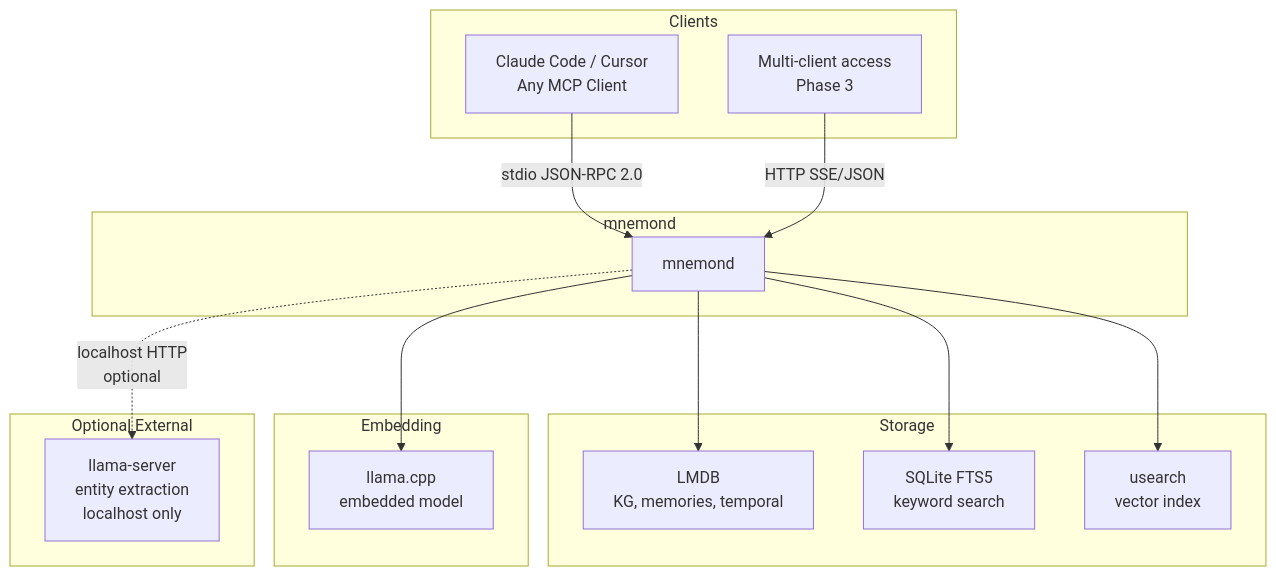
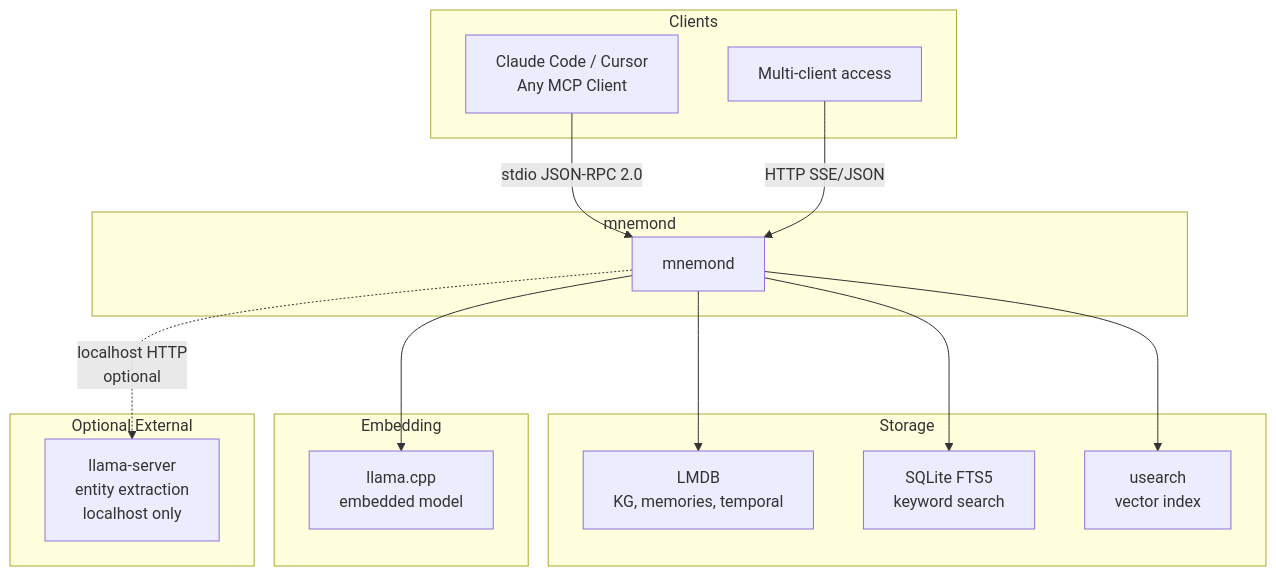
The first of 9 diagrams in doc/ARCHITECTURE.md (rondilley/MnemonAI), drawn with Mermaid before and after one commit. The commit also changed other lines of this file and 1 other file, not shown here.

````diff
--- a/doc/ARCHITECTURE.md
+++ b/doc/ARCHITECTURE.md
@@ -39,33 +36,33 @@
 ```mermaid
 graph TB
     subgraph Clients
         CC[Claude Code / Cursor<br/>Any MCP Client]
-        MC[Multi-client access<br/>Phase 3]
+        MC[Multi-client access<br/>]
     end
 
     subgraph "mnemond"
         D[mnemond]
     end
 
     subgraph Storage
         LMDB[LMDB<br/>KG, memories, temporal]
         FTS[SQLite FTS5<br/>keyword search]
         US[usearch<br/>vector index]
     end
 
     subgraph "Embedding"
         LLAMA[llama.cpp<br/>embedded model]
     end
 
     subgraph "Optional External"
         LS[llama-server<br/>entity extraction<br/>localhost only]
     end
 
     CC -- "stdio JSON-RPC 2.0" --> D
     MC -- "HTTP SSE/JSON" --> D
     D --> LMDB
     D --> FTS
     D --> US
     D --> LLAMA
     D -. "localhost HTTP<br/>optional" .-> LS
 ```
````
